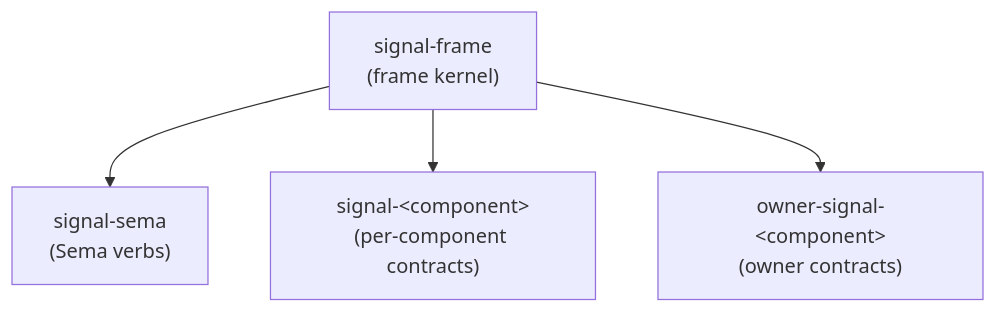
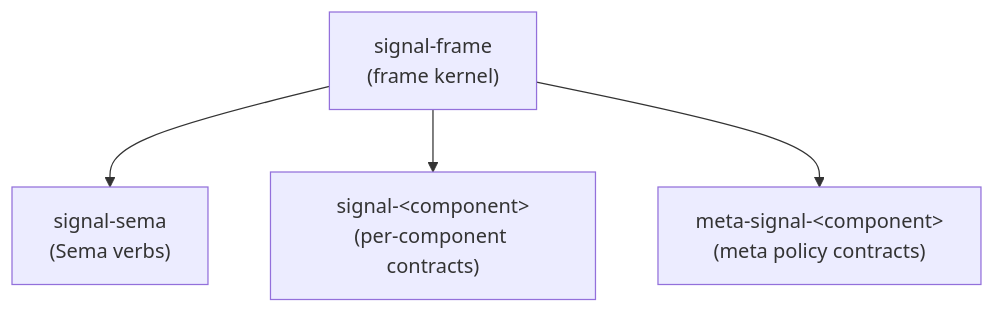
Before and after one commit to LiGoldragon/signal-frame: the first of 5 diagrams in ARCHITECTURE.md, drawn with Mermaid. The commit also changed other lines of this file and 3 other files, not shown here.

Commit message:
signal-frame: add intent and meta boundary wording

````diff
--- a/ARCHITECTURE.md
+++ b/ARCHITECTURE.md
@@ -25,11 +25,11 @@
 ```mermaid
 flowchart TB
     frame["signal-frame<br/>(frame kernel)"]
     sema["signal-sema<br/>(Sema verbs)"]
     components["signal-&lt;component&gt;<br/>(per-component contracts)"]
-    owners["owner-signal-&lt;component&gt;<br/>(owner contracts)"]
+    meta["meta-signal-&lt;component&gt;<br/>(meta policy contracts)"]
 
     frame --> sema
     frame --> components
-    frame --> owners
+    frame --> meta
 ```
````
